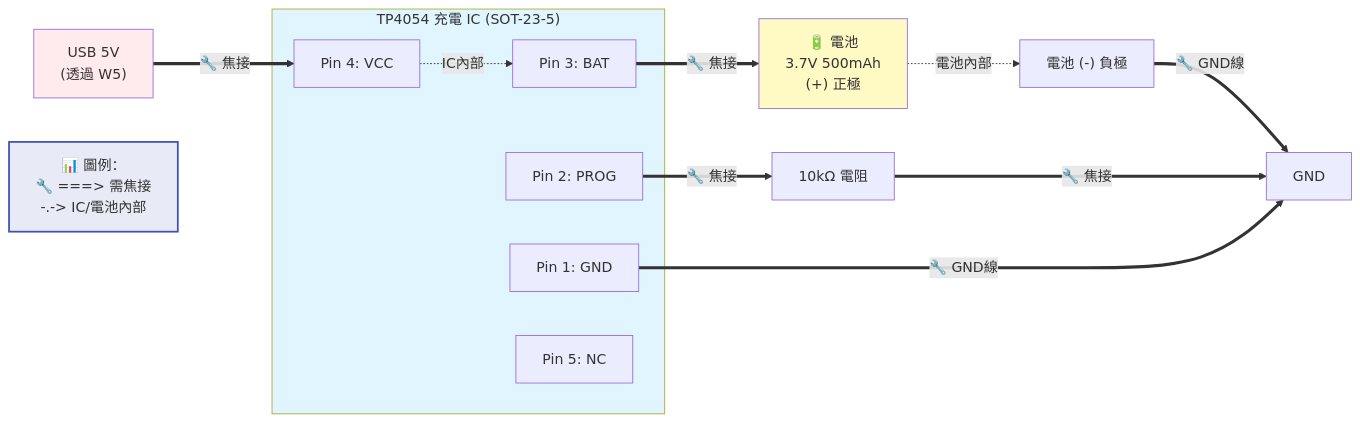
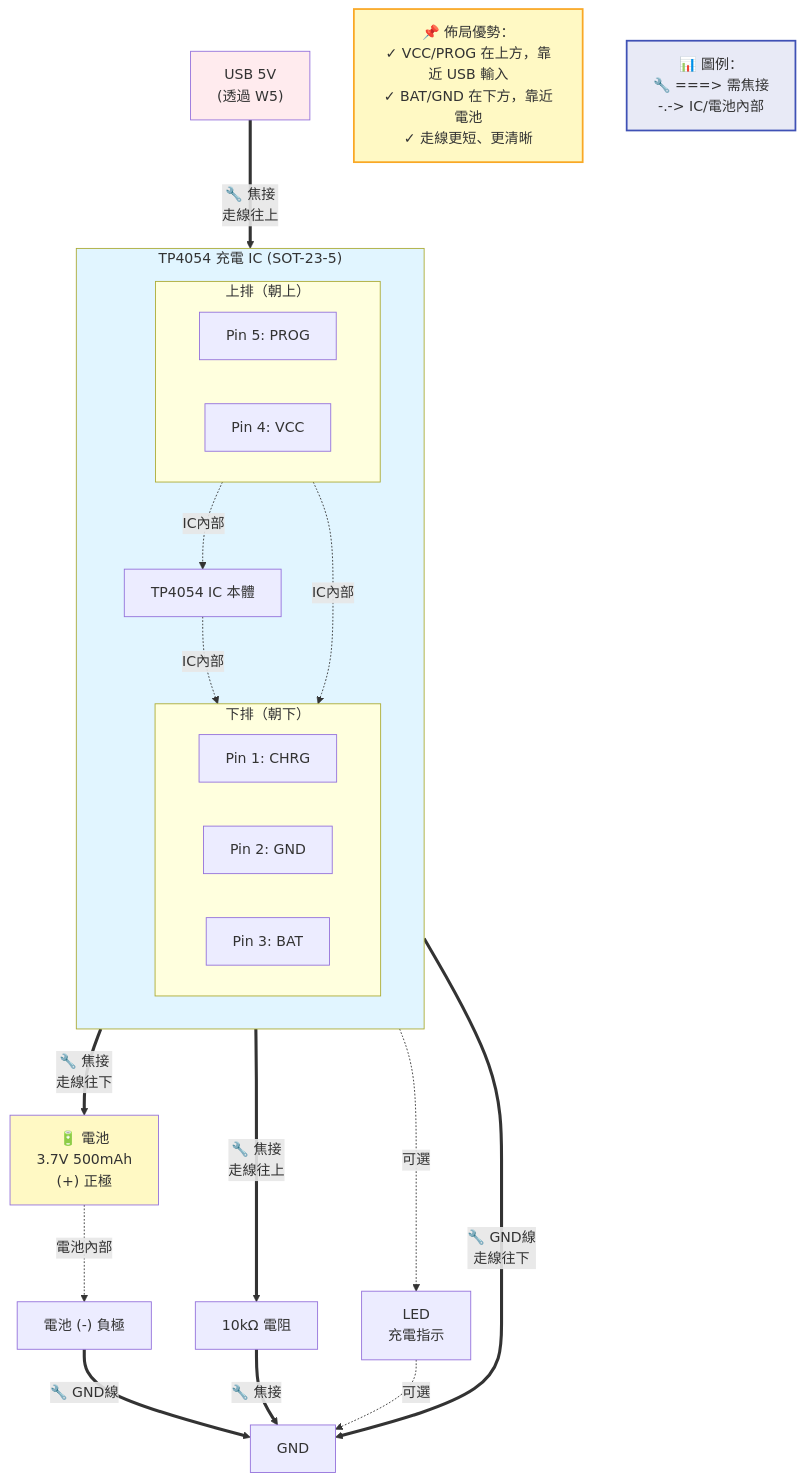
One commit to DanielYJHsieh/esp32c3 changed the fourth of 7 diagrams in battery_management/hardware/WIRING_DIAGRAM.md. Above: the diagram before and after it, drawn with Mermaid. The commit also changed other lines of this file, not shown here.

Commit message:
優化電池管理佈局說明：添加 mermaid 物理佈局圖，展示 TP4054(Pin5/4上 Pin1/2/3下) 和 AO3401(右轉90度) 的優化配置

````diff
--- a/battery_management/hardware/WIRING_DIAGRAM.md
+++ b/battery_management/hardware/WIRING_DIAGRAM.md
@@ -307,26 +439,44 @@
 ```mermaid
-graph LR
+graph TB
     subgraph TP4054["TP4054 充電 IC (SOT-23-5)"]
-        PIN1["Pin 1: GND"]
-        PIN2["Pin 2: PROG"]
-        PIN3["Pin 3: BAT"]
-        PIN4["Pin 4: VCC"]
-        PIN5["Pin 5: NC"]
+        direction TB
+        
+        subgraph TOP_PINS["上排（朝上）"]
+            direction LR
+            PIN5["Pin 5: PROG"]
+            PIN4["Pin 4: VCC"]
+        end
+        
+        IC_BODY["TP4054 IC 本體"]
+        
+        subgraph BOTTOM_PINS["下排（朝下）"]
+            direction LR
+            PIN1["Pin 1: CHRG"]
+            PIN2["Pin 2: GND"]
+            PIN3["Pin 3: BAT"]
+        end
+        
+        TOP_PINS -.->|IC內部| IC_BODY
+        IC_BODY -.->|IC內部| BOTTOM_PINS
     end
     
-    USB["USB 5V<br/>(透過 W5)"] ==>|"🔧 焦接"| PIN4
+    USB["USB 5V<br/>(透過 W5)"] ==>|"🔧 焦接<br/>走線往上"| PIN4
     PIN4 -.->|IC內部| PIN3
-    PIN3 ==>|"🔧 焦接"| BAT["🔋 電池<br/>3.7V 500mAh<br/>(+) 正極"]
+    PIN3 ==>|"🔧 焦接<br/>走線往下"| BAT["🔋 電池<br/>3.7V 500mAh<br/>(+) 正極"]
     BAT -.->|電池內部| BAT_NEG["電池 (-) 負極"]
     BAT_NEG ==>|"🔧 GND線"| GND1["GND"]
-    PIN2 ==>|"🔧 焦接"| R_PROG["10kΩ 電阻"]
+    PIN5 ==>|"🔧 焦接<br/>走線往上"| R_PROG["10kΩ 電阻"]
     R_PROG ==>|"🔧 焦接"| GND1
-    PIN1 ==>|"🔧 GND線"| GND1
+    PIN2 ==>|"🔧 GND線<br/>走線往下"| GND1
+    PIN1 -.->|可選| LED["LED<br/>充電指示"]
+    LED -.->|可選| GND1
     
+    LAYOUT_NOTE["📌 佈局優勢：<br/>✓ VCC/PROG 在上方，靠近 USB 輸入<br/>✓ BAT/GND 在下方，靠近電池<br/>✓ 走線更短、更清晰"]:::noteStyle
     LEGEND["📊 圖例：<br/>🔧 ===> 需焦接<br/>-.-> IC/電池內部"]:::legendStyle
     
     classDef legendStyle fill:#e8eaf6,stroke:#3f51b5,stroke-width:2px
+    classDef noteStyle fill:#fff9c4,stroke:#f9a825,stroke-width:2px
     style TP4054 fill:#e1f5ff
     style BAT fill:#fff9c4
     style USB fill:#ffebee
 ```
````
